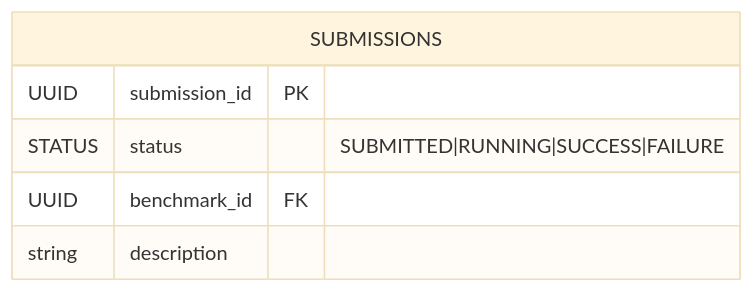
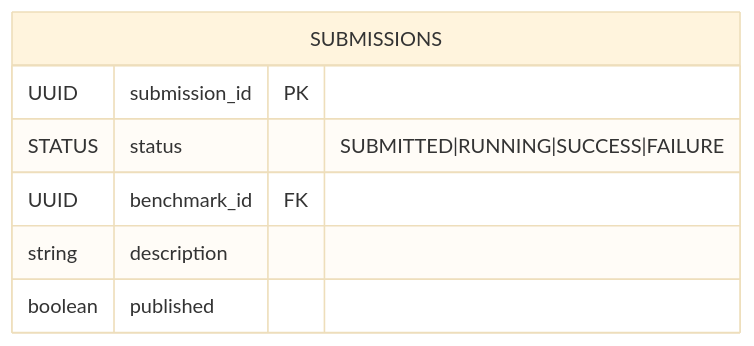
Before and after one commit to flatland-association/flatland-benchmarks: the tenth of 14 diagrams in docs/ARCHITECTURE.md, drawn with Mermaid (base theme). The commit also changed other lines of this file, not shown here.

````diff
--- a/docs/ARCHITECTURE.md
+++ b/docs/ARCHITECTURE.md
@@ -750,9 +750,10 @@
 ```mermaid
 erDiagram
   SUBMISSIONS {
     UUID submission_id PK
     STATUS status "SUBMITTED|RUNNING|SUCCESS|FAILURE"
     UUID benchmark_id FK
     string description
+    boolean published
   }
 ```
````
